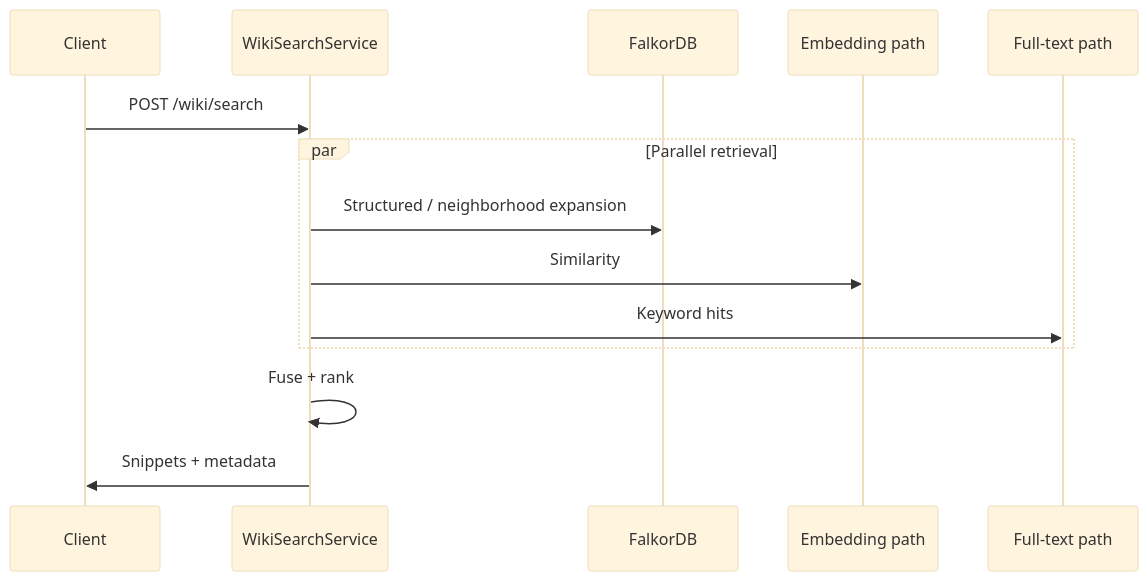
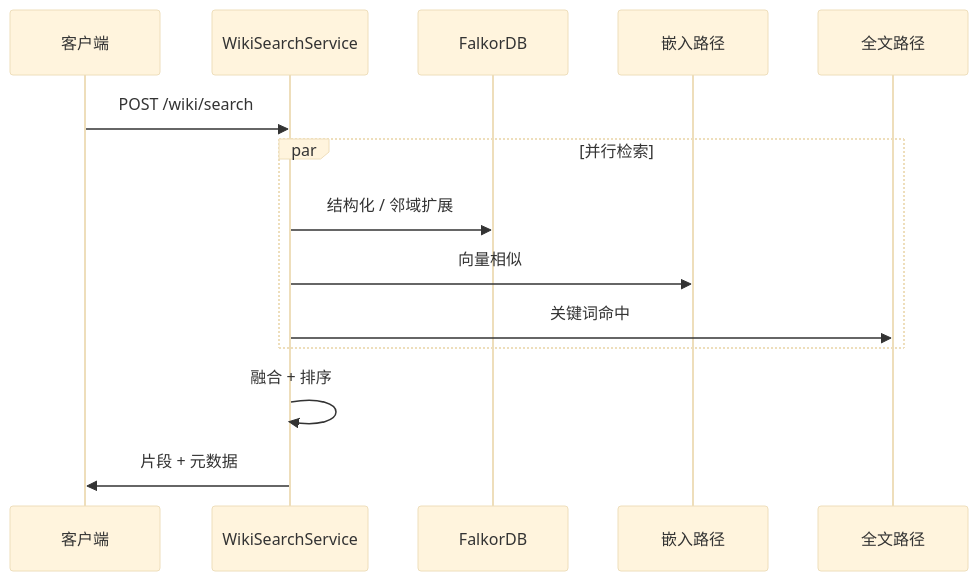
One commit to EarthChen/knowledge-base-service changed the second of 2 diagrams in docs/wiki-generation-architecture.md. Above: the diagram before and after it, drawn with Mermaid (base theme). The commit also changed other lines of this file and 7 other files, not shown here.

````diff
--- a/docs/wiki-generation-architecture.md
+++ b/docs/wiki-generation-architecture.md
@@ -56,17 +56,17 @@
 ```mermaid
 sequenceDiagram
-  participant C as Client
+  participant C as 客户端
   participant S as WikiSearchService
   participant G as FalkorDB
-  participant Vec as Embedding path
-  participant FTS as Full-text path
+  participant Vec as 嵌入路径
+  participant FTS as 全文路径
 
   C->>S: POST /wiki/search
-  par Parallel retrieval
-    S->>G: Structured / neighborhood expansion
-    S->>Vec: Similarity
-    S->>FTS: Keyword hits
+  par 并行检索
+    S->>G: 结构化 / 邻域扩展
+    S->>Vec: 向量相似
+    S->>FTS: 关键词命中
   end
-  S->>S: Fuse + rank
-  S->>C: Snippets + metadata
+  S->>S: 融合 + 排序
+  S->>C: 片段 + 元数据
 ```
````
